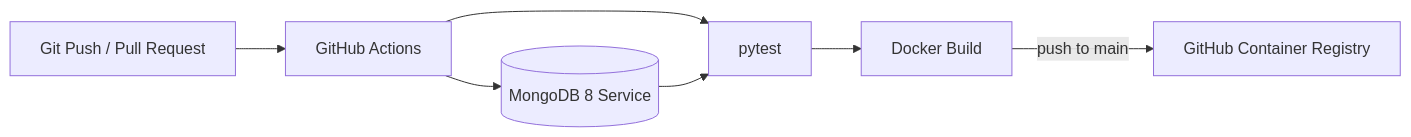
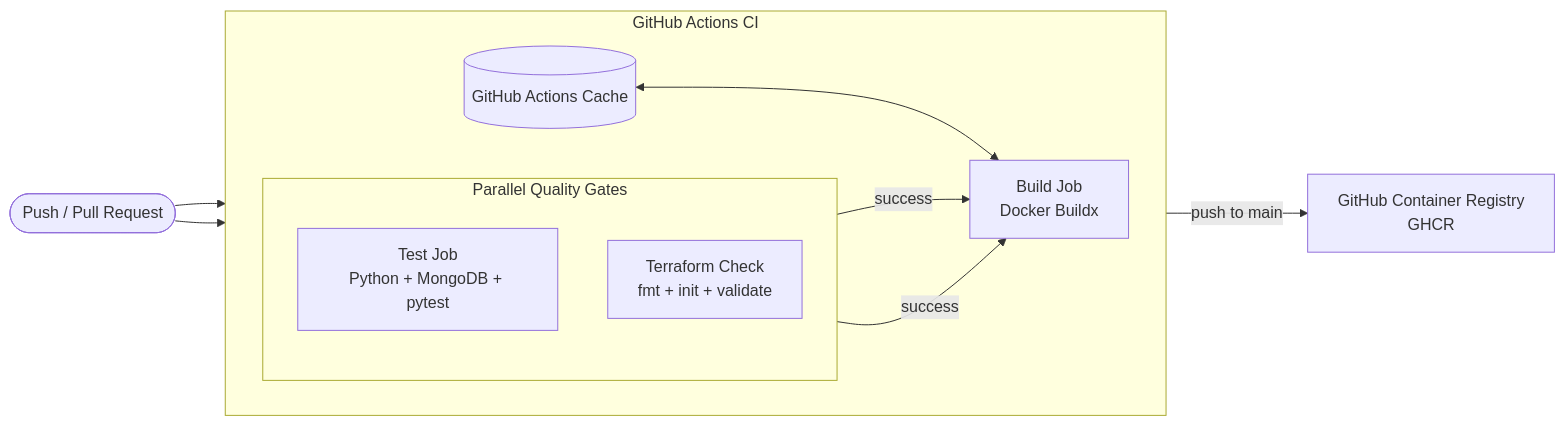
Before and after one commit to JakubSx01/Todo_DevOps_project: the fourth of 5 diagrams in README.md, drawn with Mermaid. The commit also changed other lines of this file, not shown here.

Commit message:
Update README with Terraform and optimized CI pipeline

````diff
--- a/README.md
+++ b/README.md
@@ -233,16 +256,26 @@
 ```mermaid
 flowchart LR
-    PUSH[Git Push / Pull Request]
-    CI[GitHub Actions]
-    MONGO[(MongoDB 8 Service)]
-    TEST[pytest]
-    BUILD[Docker Build]
-    GHCR[GitHub Container Registry]
+    EVT(["Push / Pull Request"])
 
-    PUSH --> CI
-    CI --> MONGO
-    CI --> TEST
-    MONGO --> TEST
-    TEST --> BUILD
-    BUILD -->|push to main| GHCR
+    subgraph CI["GitHub Actions CI"]
+        direction LR
+
+        subgraph CHECKS["Parallel Quality Gates"]
+            direction TB
+            TEST["Test Job<br/>Python + MongoDB + pytest"]
+            TF["Terraform Check<br/>fmt + init + validate"]
+        end
+
+        BUILD["Build Job<br/>Docker Buildx"]
+        CACHE[("GitHub Actions Cache")]
+    end
+
+    REG["GitHub Container Registry<br/>GHCR"]
+
+    EVT --> TEST
+    EVT --> TF
+    TEST -->|success| BUILD
+    TF -->|success| BUILD
+    CACHE <--> BUILD
+    BUILD -->|push to main| REG
 ```
````
